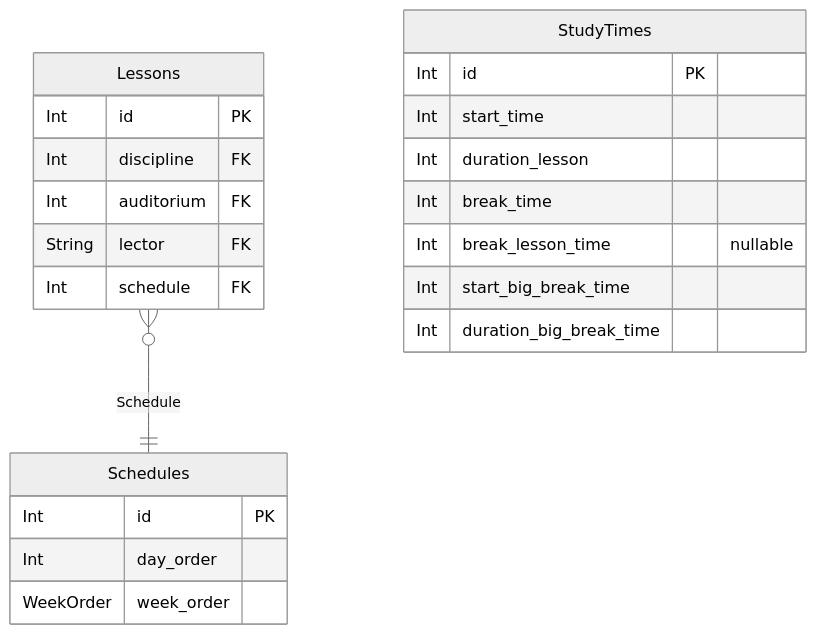
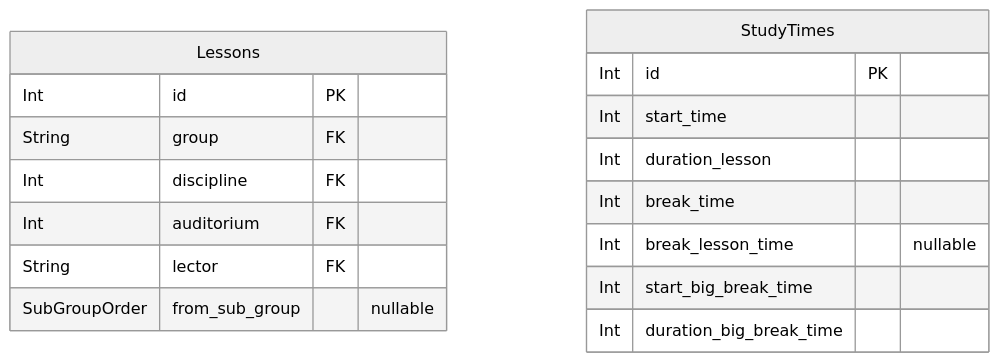
The fourth of 4 diagrams in packages/db/prisma/ThodleDatabase.md (NeatDeveloper/Thodle), drawn with Mermaid (neutral theme) before and after one commit. The commit also changed other lines of this file and 20 other files, not shown here.

````diff
--- a/packages/db/prisma/ThodleDatabase.md
+++ b/packages/db/prisma/ThodleDatabase.md
@@ -542,25 +516,20 @@
 ```mermaid
 erDiagram
-"Schedules" {
-  Int id PK
-  Int day_order
-  WeekOrder week_order
-}
 "Lessons" {
   Int id PK
+  String group FK
   Int discipline FK
   Int auditorium FK
   String lector FK
-  Int schedule FK
+  SubGroupOrder from_sub_group "nullable"
 }
 "StudyTimes" {
   Int id PK
   Int start_time
   Int duration_lesson
   Int break_time
   Int break_lesson_time "nullable"
   Int start_big_break_time
   Int duration_big_break_time
 }
-"Lessons" }o--|| "Schedules" : Schedule
 ```
````
